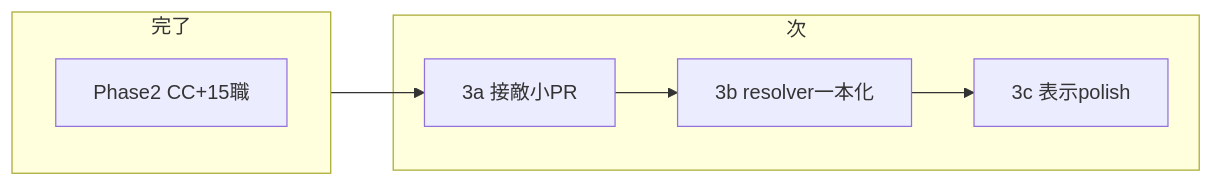
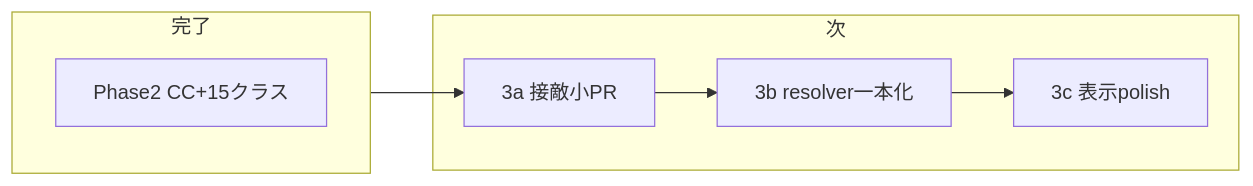
Before and after one commit to sucRo0629/auto-battle-idle: the diagram in docs/plans/master-work-order.md, drawn with Mermaid. The commit also changed other lines of this file and 6 other files, not shown here.

````diff
--- a/docs/plans/master-work-order.md
+++ b/docs/plans/master-work-order.md
@@ -29,12 +29,12 @@
 ```mermaid
 flowchart LR
   subgraph done [完了]
-    P2[Phase2 CC+15職]
+    P2[Phase2 CC+15クラス]
   end
   subgraph next [次]
     B1[3a 接敵小PR]
     B2[3b resolver一本化]
     B3[3c 表示polish]
   end
   done --> B1 --> B2 --> B3
 ```
````
